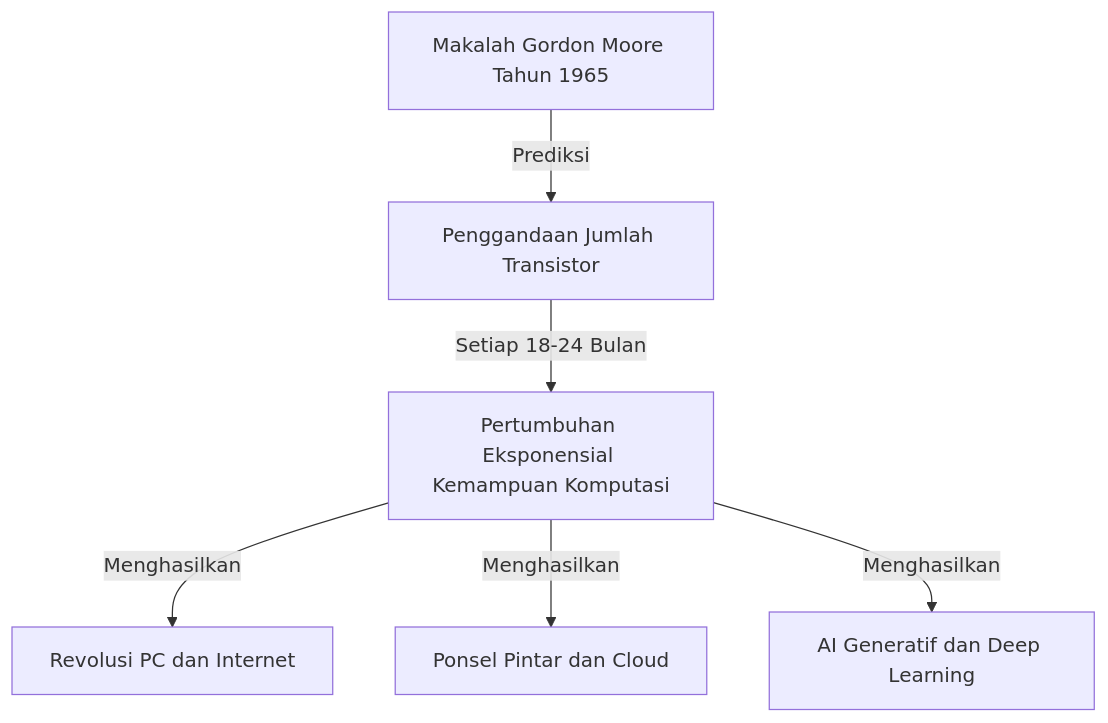
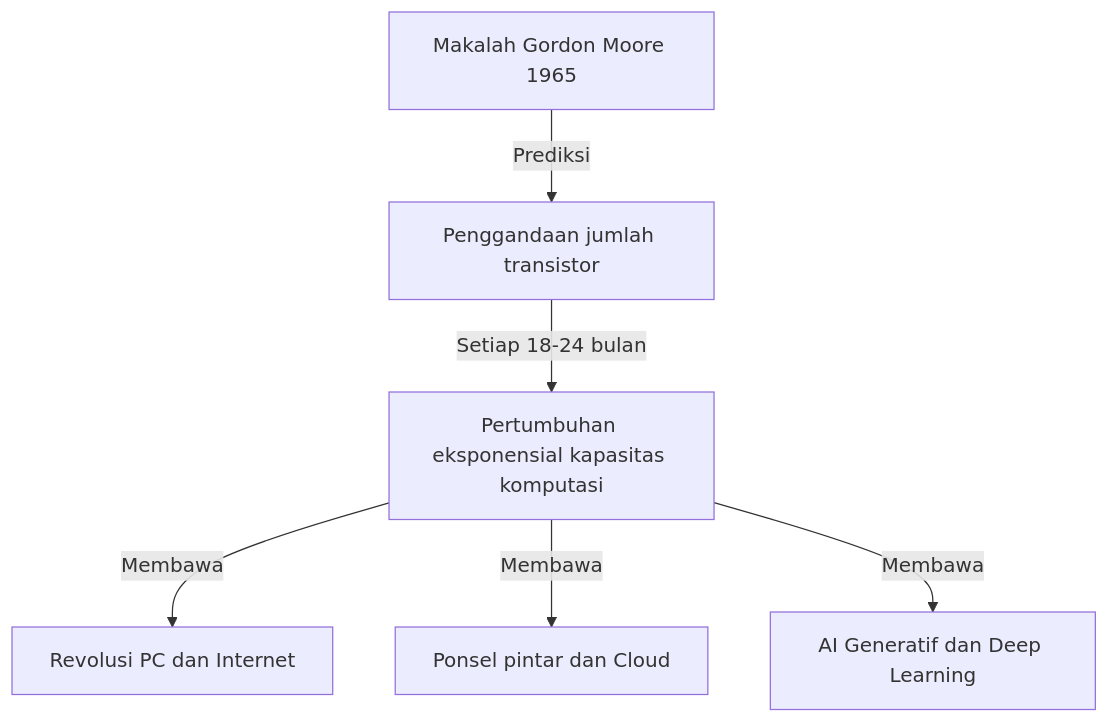
The first of 2 diagrams in content/post/business-moores-law/index.id.md (kenjinote/blog), drawn with Mermaid before and after one commit. The commit also changed other lines of this file and 40 other files, not shown here.

````diff
--- a/content/post/business-moores-law/index.id.md
+++ b/content/post/business-moores-law/index.id.md
@@ -25,8 +25,8 @@
 ```mermaid
 graph TD
-    A["Makalah Gordon Moore Tahun 1965"] -- "Prediksi" --> B["Penggandaan Jumlah Transistor"]
-    B -- "Setiap 18-24 Bulan" --> C["Pertumbuhan Eksponensial Kemampuan Komputasi"]
-    C -- "Menghasilkan" --> D["Revolusi PC dan Internet"]
-    C -- "Menghasilkan" --> E["Ponsel Pintar dan Cloud"]
-    C -- "Menghasilkan" --> F["AI Generatif dan Deep Learning"]
+    A["Makalah Gordon Moore 1965"] -- "Prediksi" --> B["Penggandaan jumlah transistor"]
+    B -- "Setiap 18-24 bulan" --> C["Pertumbuhan eksponensial kapasitas komputasi"]
+    C -- "Membawa" --> D["Revolusi PC dan Internet"]
+    C -- "Membawa" --> E["Ponsel pintar dan Cloud"]
+    C -- "Membawa" --> F["AI Generatif dan Deep Learning"]
 ```
````
